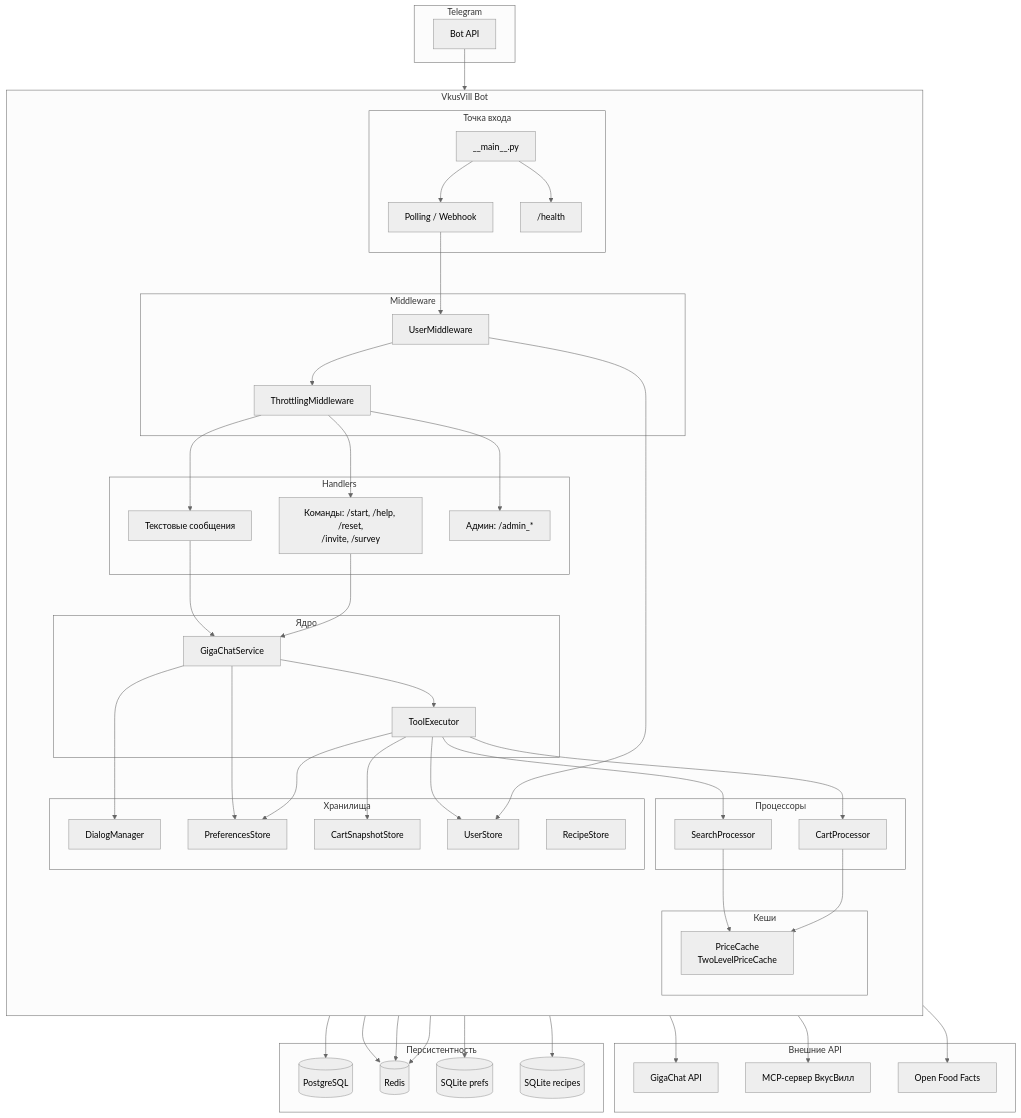
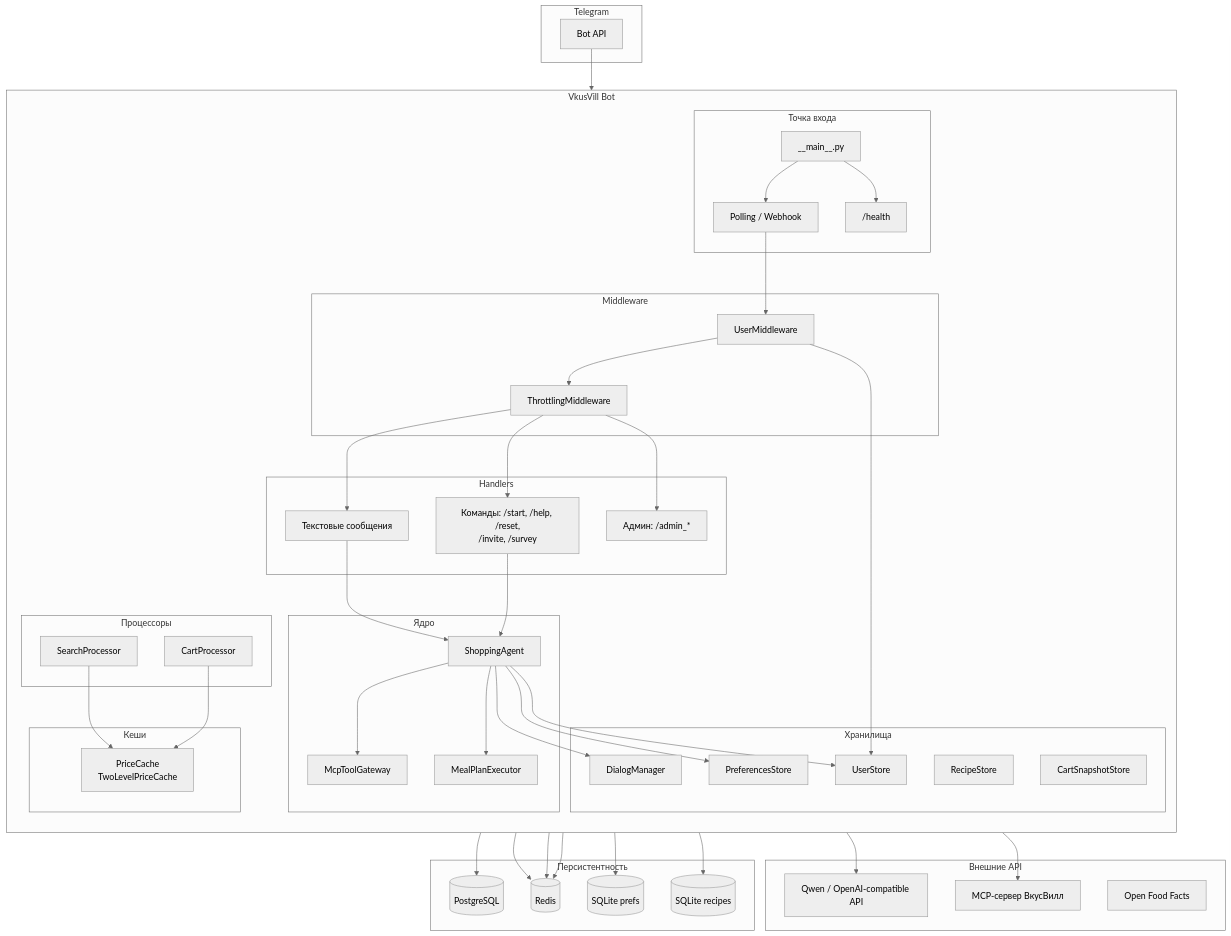
Before and after one commit to mrPDA/vkuswill_bot: the second of 8 diagrams in docs/ARCHITECTURE.md, drawn with Mermaid (neutral theme). The commit also changed other lines of this file and 3 other files, not shown here.

Commit message:
docs: refresh architecture and response contract runbooks

```diff
--- a/docs/ARCHITECTURE.md
+++ b/docs/ARCHITECTURE.md
@@ -64,8 +66,9 @@
         end
 
         subgraph Core["Ядро"]
-            GCS[GigaChatService]
-            TE[ToolExecutor]
+            Agent[ShoppingAgent]
+            Gateway[McpToolGateway]
+            MealPlan[MealPlanExecutor]
         end
 
         subgraph Processors["Процессоры"]
@@ -87,7 +90,7 @@
     end
 
     subgraph External["Внешние API"]
-        GigaChat[GigaChat API]
+        Qwen[Qwen / OpenAI-compatible API]
         MCP[MCP-сервер ВкусВилл]
         OpenFF[Open Food Facts]
     end
@@ -106,21 +109,17 @@
     TM --> Text
     TM --> Admin
     
-    Text --> GCS
-    Cmd --> GCS
+    Text --> Agent
+    Cmd --> Agent
     
-    GCS --> GigaChat
-    GCS --> TE
-    GCS --> DialogMgr
-    GCS --> Prefs
+    Agent --> Qwen
+    Agent --> Gateway
+    Agent --> MealPlan
+    Agent --> DialogMgr
+    Agent --> Prefs
     
-    TE --> MCP
-    TE --> SP
-    TE --> CP
-    TE --> Prefs
-    TE --> CartSnap
-    TE --> OpenFF
-    TE --> UserStore
+    Gateway --> MCP
+    Agent --> UserStore
     
     SP --> PriceCache
     CP --> PriceCache
```
